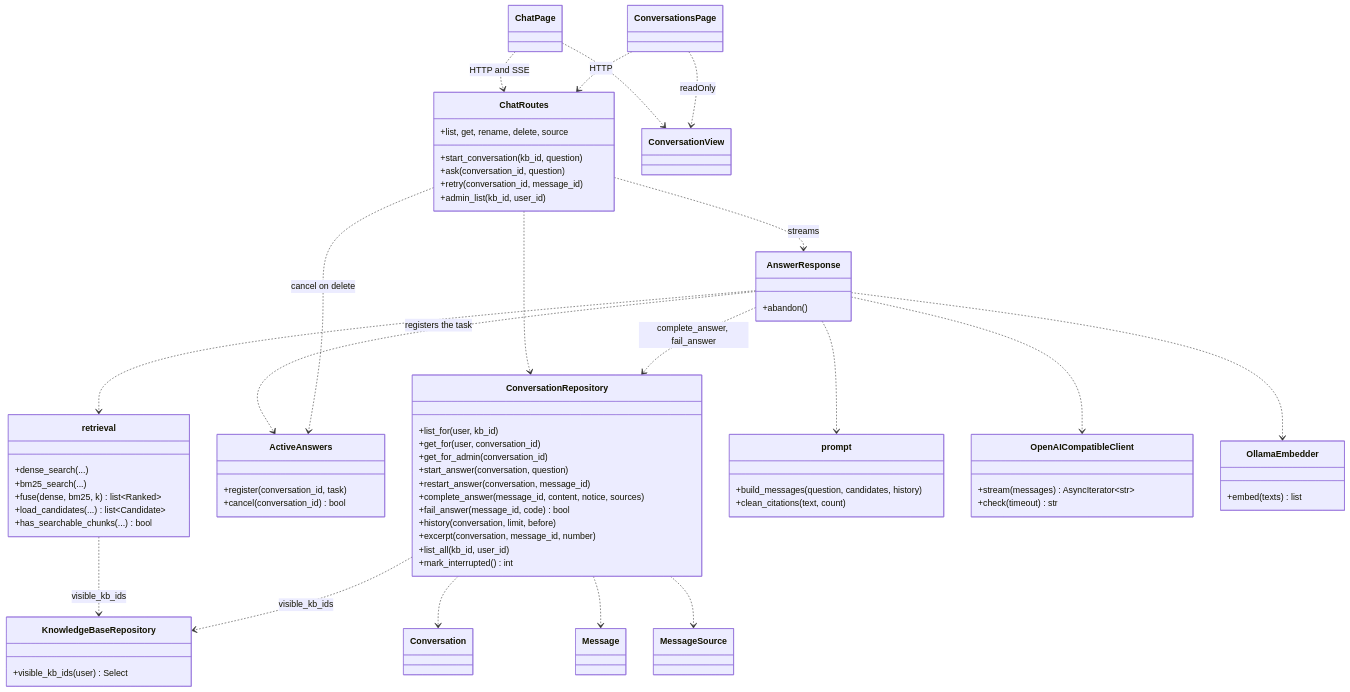
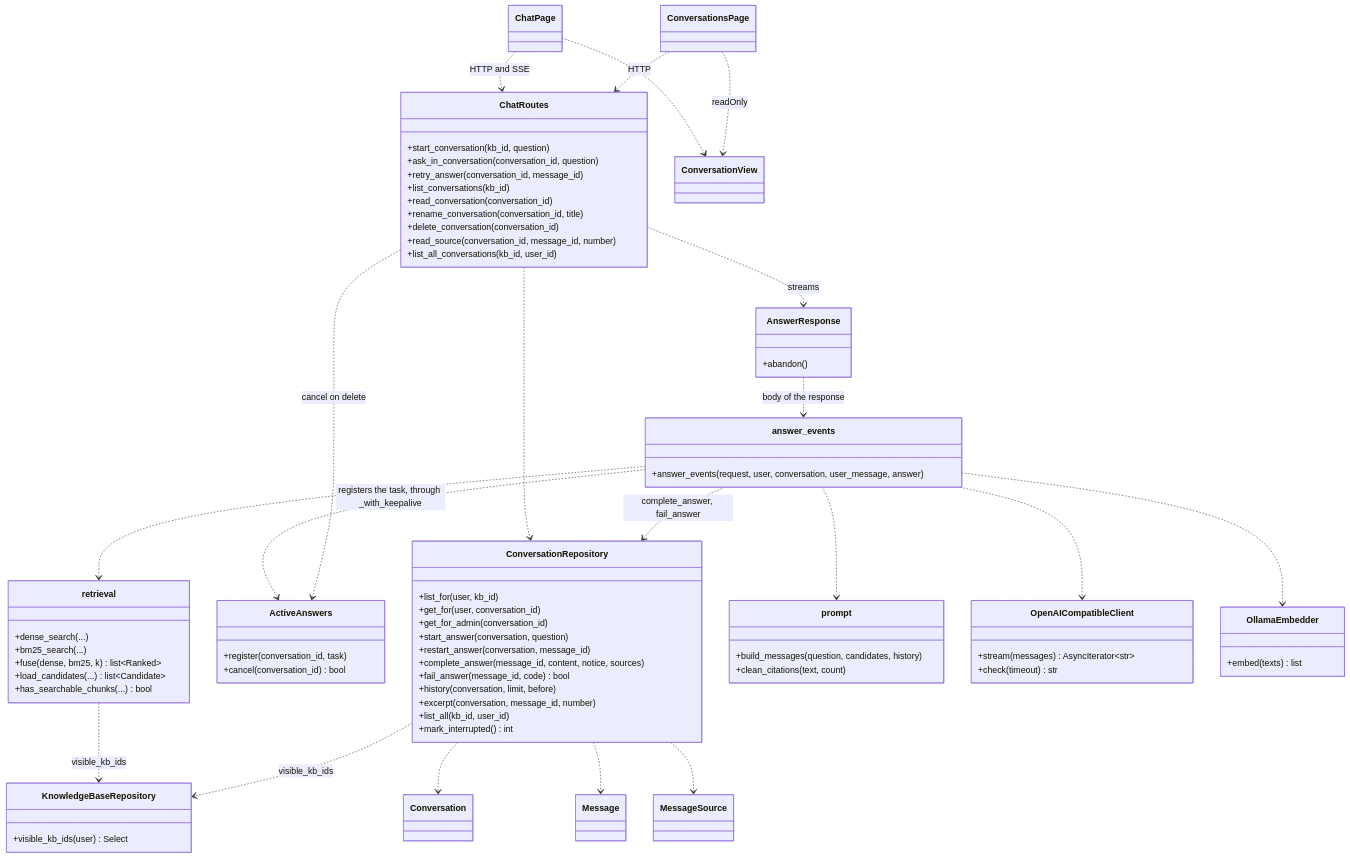
One commit to jumping2000/advancedRAG changed the fourth of 5 diagrams in docs/system/chat.md. Above: the diagram before and after it, drawn with Mermaid. The commit also changed other lines of this file and 1 other file, not shown here.

Commit message:
T-07: area page fixes after the review (history limit, retry order, lock wording, class diagram, admin page limits, routes list)
Documentation only.

Task: T-07

Claude-Session: https://claude.ai/code/session_01Vz9AFUPWCSJ6HhErsqmdRr

```diff
--- a/docs/system/chat.md
+++ b/docs/system/chat.md
@@ -286,10 +287,14 @@
 classDiagram
     class ChatRoutes {
         +start_conversation(kb_id, question)
-        +ask(conversation_id, question)
-        +retry(conversation_id, message_id)
-        +list, get, rename, delete, source
-        +admin_list(kb_id, user_id)
+        +ask_in_conversation(conversation_id, question)
+        +retry_answer(conversation_id, message_id)
+        +list_conversations(kb_id)
+        +read_conversation(conversation_id)
+        +rename_conversation(conversation_id, title)
+        +delete_conversation(conversation_id)
+        +read_source(conversation_id, message_id, number)
+        +list_all_conversations(kb_id, user_id)
     }
     class ConversationRepository {
         +list_for(user, kb_id)
@@ -306,6 +311,9 @@
     }
     class AnswerResponse {
         +abandon()
+    }
+    class answer_events {
+        +answer_events(request, user, conversation, user_message, answer)
     }
     class ActiveAnswers {
         +register(conversation_id, task)
@@ -340,12 +348,13 @@
     class ConversationView
     ChatRoutes ..> ConversationRepository
     ChatRoutes ..> AnswerResponse : streams
-    AnswerResponse ..> ActiveAnswers : registers the task
-    AnswerResponse ..> retrieval
-    AnswerResponse ..> prompt
-    AnswerResponse ..> OpenAICompatibleClient
-    AnswerResponse ..> OllamaEmbedder
-    AnswerResponse ..> ConversationRepository : complete_answer, fail_answer
+    AnswerResponse ..> answer_events : body of the response
+    answer_events ..> ActiveAnswers : registers the task, through _with_keepalive
+    answer_events ..> retrieval
+    answer_events ..> prompt
+    answer_events ..> OpenAICompatibleClient
+    answer_events ..> OllamaEmbedder
+    answer_events ..> ConversationRepository : complete_answer, fail_answer
     ChatRoutes ..> ActiveAnswers : cancel on delete
     retrieval ..> KnowledgeBaseRepository : visible_kb_ids
     ConversationRepository ..> KnowledgeBaseRepository : visible_kb_ids
```
